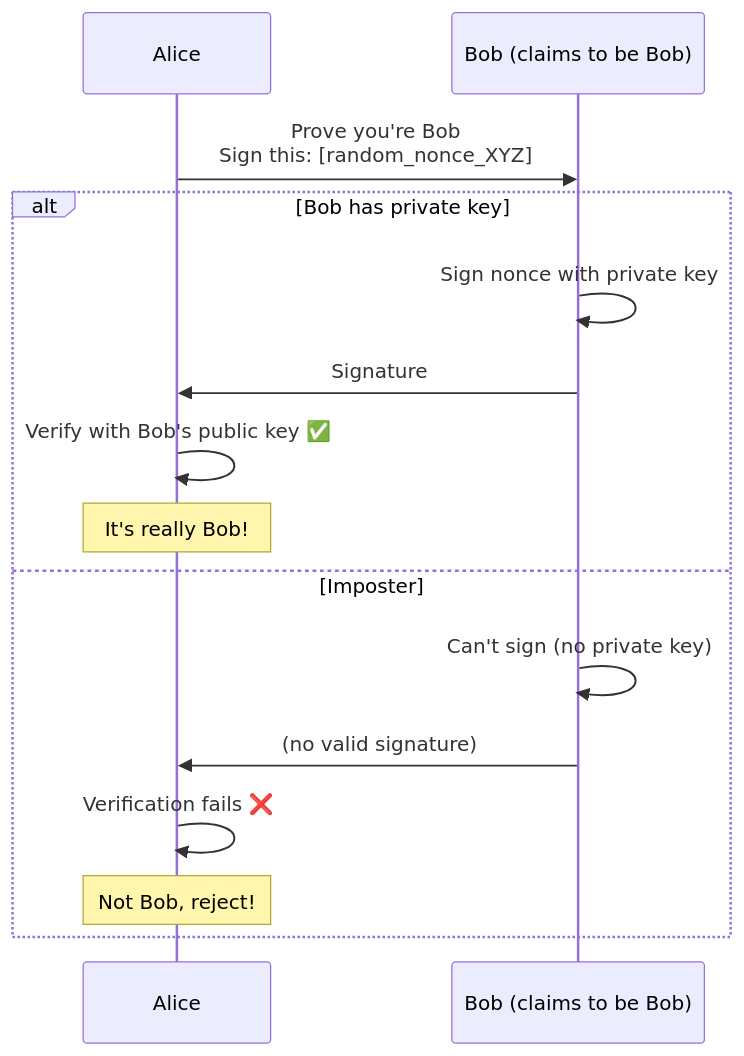
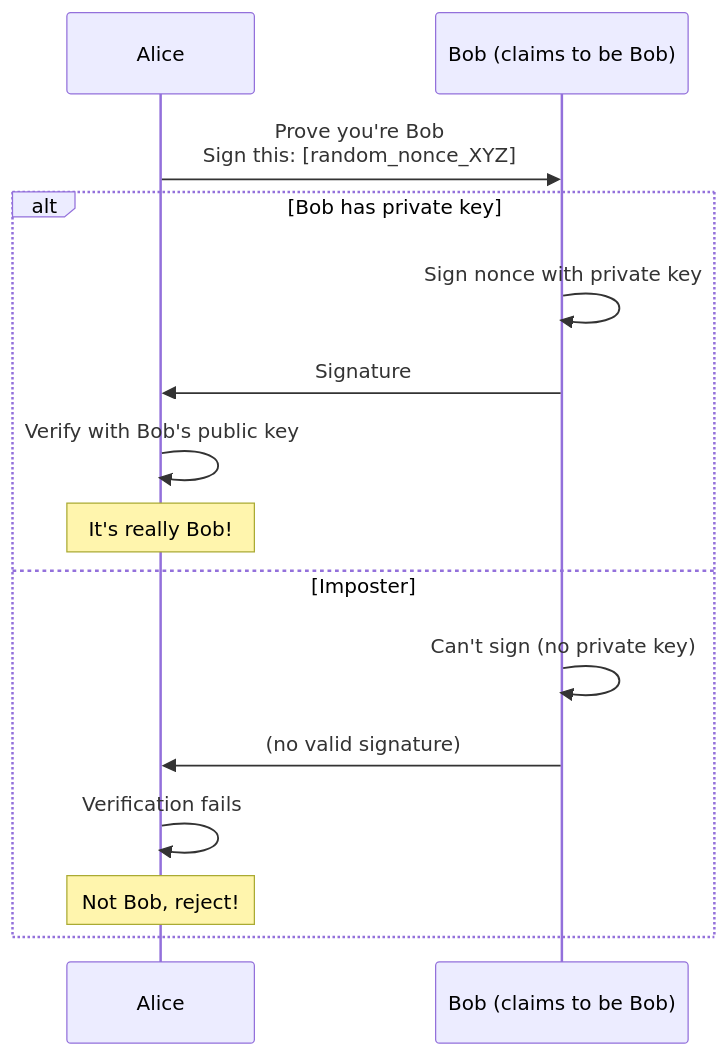
One commit to Dawgomatic/Xagent changed the sixth of 10 diagrams in skills/skills/cheenu1092-oss/tribe-protocol/legacy/tribe-protocol-presentation.md. Above: the diagram before and after it, drawn with Mermaid. The commit also changed other lines of this file and 18009 other files, not shown here.

````diff
--- a/skills/skills/cheenu1092-oss/tribe-protocol/legacy/tribe-protocol-presentation.md
+++ b/skills/skills/cheenu1092-oss/tribe-protocol/legacy/tribe-protocol-presentation.md
@@ -244,19 +244,19 @@
 ```mermaid
 sequenceDiagram
     participant A as Alice
     participant B as Bob (claims to be Bob)
     
     A->>B: Prove you're Bob<br/>Sign this: [random_nonce_XYZ]
     
     alt Bob has private key
         B->>B: Sign nonce with private key
         B->>A: Signature
-        A->>A: Verify with Bob's public key ✅
+        A->>A: Verify with Bob's public key 
         Note over A: It's really Bob!
     else Imposter
         B->>B: Can't sign (no private key)
         B->>A: (no valid signature)
-        A->>A: Verification fails ❌
+        A->>A: Verification fails 
         Note over A: Not Bob, reject!
     end
 ```
````
